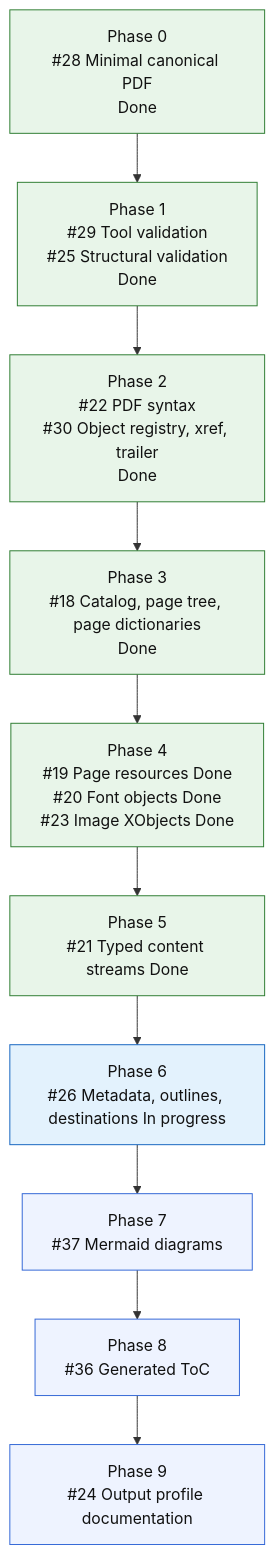
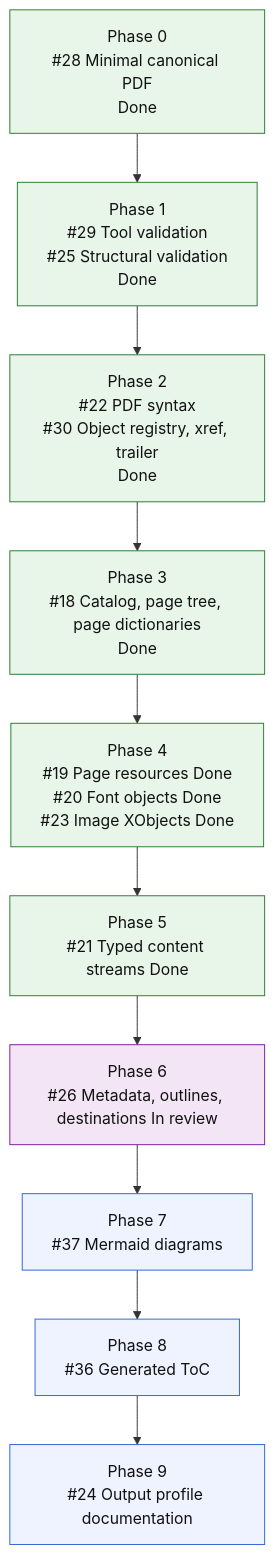
One commit to mihaelamj/MarkdownPDF changed the diagram in README.md. Above: the diagram before and after it, drawn with Mermaid.

Commit message:
docs(roadmap): mark document navigation in review

````diff
--- a/README.md
+++ b/README.md
@@ -127,23 +127,24 @@
 ```mermaid
 flowchart TD
     P0["Phase 0<br/>#28 Minimal canonical PDF<br/>Done"]
     P1["Phase 1<br/>#29 Tool validation<br/>#25 Structural validation<br/>Done"]
     P2["Phase 2<br/>#22 PDF syntax<br/>#30 Object registry, xref, trailer<br/>Done"]
     P3["Phase 3<br/>#18 Catalog, page tree, page dictionaries<br/>Done"]
     P4["Phase 4<br/>#19 Page resources Done<br/>#20 Font objects Done<br/>#23 Image XObjects Done"]
     P5["Phase 5<br/>#21 Typed content streams Done"]
-    P6["Phase 6<br/>#26 Metadata, outlines, destinations In progress"]
+    P6["Phase 6<br/>#26 Metadata, outlines, destinations In review"]
     P7["Phase 7<br/>#37 Mermaid diagrams"]
     P8["Phase 8<br/>#36 Generated ToC"]
     P9["Phase 9<br/>#24 Output profile documentation"]
 
     P0 --> P1 --> P2 --> P3 --> P4 --> P5 --> P6 --> P7 --> P8 --> P9
 
     classDef done fill:#e8f5e9,stroke:#2e7d32,color:#111;
     classDef active fill:#e3f2fd,stroke:#1565c0,color:#111;
+    classDef review fill:#f3e5f5,stroke:#7b1fa2,color:#111;
     classDef next fill:#fff8e1,stroke:#f9a825,color:#111;
     classDef todo fill:#eef3ff,stroke:#3367d6,color:#111;
     class P0,P1,P2,P3,P4,P5 done;
-    class P6 active;
+    class P6 review;
     class P7,P8,P9 todo;
 ```
````
